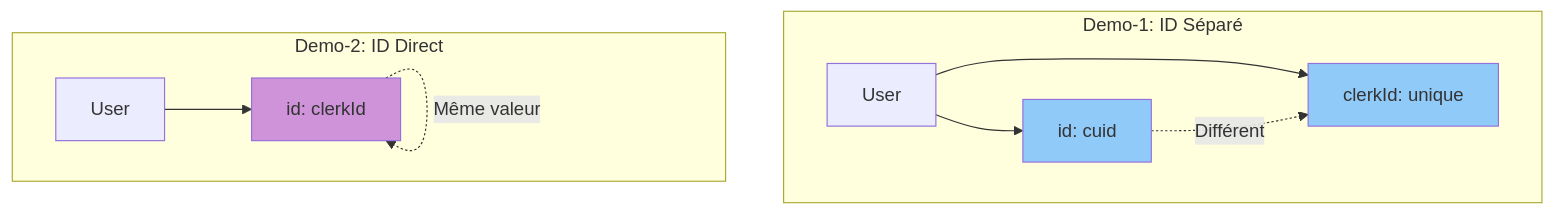
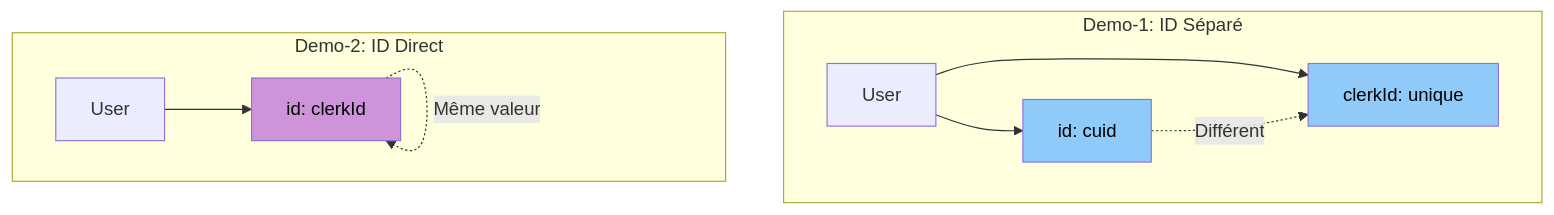
One commit to inskillflow/auths-1-NEXTJS-introduction changed diagram 13 of 39 in 02-DIAGRAMMES_ARCHITECTURES.md. Above: the diagram before and after it, drawn with Mermaid. The commit also changed other lines of this file, not shown here.

````diff
--- a/02-DIAGRAMMES_ARCHITECTURES.md
+++ b/02-DIAGRAMMES_ARCHITECTURES.md
@@ -418,17 +418,17 @@
 ```mermaid
 graph TB
     subgraph "Demo-1: ID Séparé"
         A1[User] --> B1[id: cuid]
         A1 --> C1[clerkId: unique]
         B1 -.->|Différent| C1
     end
     
     subgraph "Demo-2: ID Direct"
         A2[User] --> B2[id: clerkId]
         B2 -.->|Même valeur| B2
     end
     
-    style B1 fill:#90caf9
-    style C1 fill:#90caf9
-    style B2 fill:#ce93d8
+    style B1 fill:#90caf9,color:#000
+    style C1 fill:#90caf9,color:#000
+    style B2 fill:#ce93d8,color:#000
 ```
````
